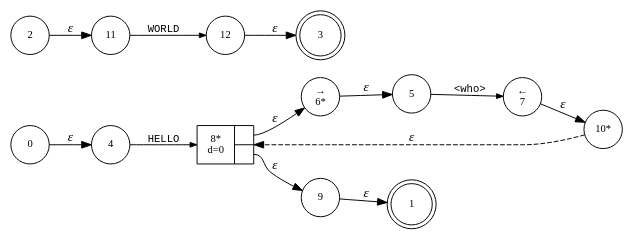
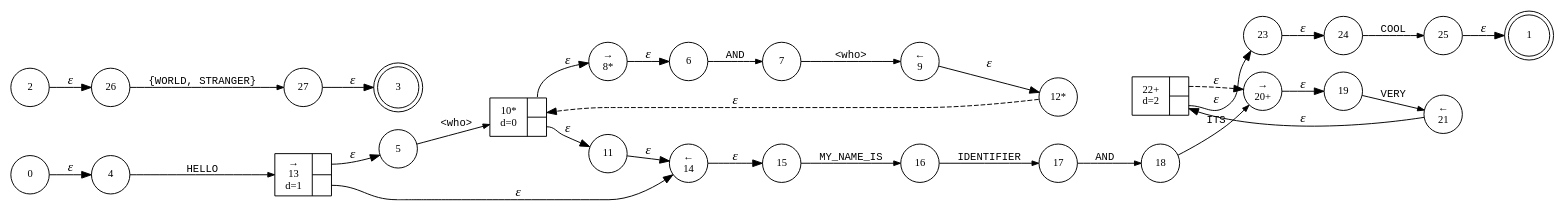
The diagram in theparser.dot (Lizurt/Suggester), drawn with Graphviz before and after one commit. The commit also changed 8 other files, not shown here.

```diff
--- a/theparser.dot
+++ b/theparser.dot
@@ -1,29 +1,61 @@
 digraph ATN {
 rankdir=LR;
 s1[fontsize=11, label="1", shape=doublecircle, fixedsize=true, width=.6];
 s0[fontsize=11,label="0", shape=circle, fixedsize=true, width=.55, peripheries=1];
 s4[fontsize=11,label="4", shape=circle, fixedsize=true, width=.55, peripheries=1];
 s5[fontsize=11,label="5", shape=circle, fixedsize=true, width=.55, peripheries=1];
-s6[fontsize=11,label="&rarr;\n6*", shape=circle, fixedsize=true, width=.55, peripheries=1];
-s7[fontsize=11,label="&larr;\n7", shape=circle, fixedsize=true, width=.55, peripheries=1];
-s8[fontsize=11,label="{8*\nd=0|{<p0>|<p1>}}", shape=record, fixedsize=false, peripheries=1];
-s9[fontsize=11,label="9", shape=circle, fixedsize=true, width=.55, peripheries=1];
-s10[fontsize=11,label="10*", shape=circle, fixedsize=true, width=.55, peripheries=1];
+s6[fontsize=11,label="6", shape=circle, fixedsize=true, width=.55, peripheries=1];
+s7[fontsize=11,label="7", shape=circle, fixedsize=true, width=.55, peripheries=1];
+s8[fontsize=11,label="&rarr;\n8*", shape=circle, fixedsize=true, width=.55, peripheries=1];
+s9[fontsize=11,label="&larr;\n9", shape=circle, fixedsize=true, width=.55, peripheries=1];
+s10[fontsize=11,label="{10*\nd=0|{<p0>|<p1>}}", shape=record, fixedsize=false, peripheries=1];
+s11[fontsize=11,label="11", shape=circle, fixedsize=true, width=.55, peripheries=1];
+s12[fontsize=11,label="12*", shape=circle, fixedsize=true, width=.55, peripheries=1];
+s13[fontsize=11,label="{&rarr;\n13\nd=1|{<p0>|<p1>}}", shape=record, fixedsize=false, peripheries=1];
+s14[fontsize=11,label="&larr;\n14", shape=circle, fixedsize=true, width=.55, peripheries=1];
+s15[fontsize=11,label="15", shape=circle, fixedsize=true, width=.55, peripheries=1];
+s16[fontsize=11,label="16", shape=circle, fixedsize=true, width=.55, peripheries=1];
+s17[fontsize=11,label="17", shape=circle, fixedsize=true, width=.55, peripheries=1];
+s18[fontsize=11,label="18", shape=circle, fixedsize=true, width=.55, peripheries=1];
+s19[fontsize=11,label="19", shape=circle, fixedsize=true, width=.55, peripheries=1];
+s20[fontsize=11,label="&rarr;\n20+", shape=circle, fixedsize=true, width=.55, peripheries=1];
+s21[fontsize=11,label="&larr;\n21", shape=circle, fixedsize=true, width=.55, peripheries=1];
+s22[fontsize=11,label="{22+\nd=2|{<p0>|<p1>}}", shape=record, fixedsize=false, peripheries=1];
+s23[fontsize=11,label="23", shape=circle, fixedsize=true, width=.55, peripheries=1];
+s24[fontsize=11,label="24", shape=circle, fixedsize=true, width=.55, peripheries=1];
+s25[fontsize=11,label="25", shape=circle, fixedsize=true, width=.55, peripheries=1];
 s0 -> s4 [fontname="Times-Italic", label="&epsilon;"];
-s4 -> s8 [fontsize=11, fontname="Courier", arrowsize=.7, label = "HELLO", arrowhead = normal];
-s8:p0 -> s6 [fontname="Times-Italic", label="&epsilon;"];
-s8:p1 -> s9 [fontname="Times-Italic", label="&epsilon;"];
-s6 -> s5 [fontname="Times-Italic", label="&epsilon;"];
-s9 -> s1 [fontname="Times-Italic", label="&epsilon;"];
-s5 -> s7 [fontsize=11, fontname="Courier", arrowsize=.7, label = "<who>", arrowhead = normal];
-s7 -> s10 [fontname="Times-Italic", label="&epsilon;"];
-s10 -> s8 [fontname="Times-Italic", label="&epsilon;", style="dashed"];
+s4 -> s13 [fontsize=11, fontname="Courier", arrowsize=.7, label = "HELLO", arrowhead = normal];
+s13:p0 -> s5 [fontname="Times-Italic", label="&epsilon;"];
+s13:p1 -> s14 [fontname="Times-Italic", label="&epsilon;"];
+s5 -> s10 [fontsize=11, fontname="Courier", arrowsize=.7, label = "<who>", arrowhead = normal];
+s14 -> s15 [fontname="Times-Italic", label="&epsilon;"];
+s10:p0 -> s8 [fontname="Times-Italic", label="&epsilon;"];
+s10:p1 -> s11 [fontname="Times-Italic", label="&epsilon;"];
+s15 -> s16 [fontsize=11, fontname="Courier", arrowsize=.7, label = "MY_NAME_IS", arrowhead = normal];
+s8 -> s6 [fontname="Times-Italic", label="&epsilon;"];
+s11 -> s14 [fontname="Times-Italic", label="&epsilon;"];
+s16 -> s17 [fontsize=11, fontname="Courier", arrowsize=.7, label = "IDENTIFIER", arrowhead = normal];
+s6 -> s7 [fontsize=11, fontname="Courier", arrowsize=.7, label = "AND", arrowhead = normal];
+s17 -> s18 [fontsize=11, fontname="Courier", arrowsize=.7, label = "AND", arrowhead = normal];
+s7 -> s9 [fontsize=11, fontname="Courier", arrowsize=.7, label = "<who>", arrowhead = normal];
+s18 -> s20 [fontsize=11, fontname="Courier", arrowsize=.7, label = "ITS", arrowhead = normal];
+s9 -> s12 [fontname="Times-Italic", label="&epsilon;"];
+s20 -> s19 [fontname="Times-Italic", label="&epsilon;"];
+s12 -> s10 [fontname="Times-Italic", label="&epsilon;", style="dashed"];
+s19 -> s21 [fontsize=11, fontname="Courier", arrowsize=.7, label = "VERY", arrowhead = normal];
+s21 -> s22 [fontname="Times-Italic", label="&epsilon;"];
+s22:p0 -> s20 [fontname="Times-Italic", label="&epsilon;", style="dashed"];
+s22:p1 -> s23 [fontname="Times-Italic", label="&epsilon;"];
+s23 -> s24 [fontname="Times-Italic", label="&epsilon;"];
+s24 -> s25 [fontsize=11, fontname="Courier", arrowsize=.7, label = "COOL", arrowhead = normal];
+s25 -> s1 [fontname="Times-Italic", label="&epsilon;"];
 
 s3[fontsize=11, label="3", shape=doublecircle, fixedsize=true, width=.6];
 s2[fontsize=11,label="2", shape=circle, fixedsize=true, width=.55, peripheries=1];
-s11[fontsize=11,label="11", shape=circle, fixedsize=true, width=.55, peripheries=1];
-s12[fontsize=11,label="12", shape=circle, fixedsize=true, width=.55, peripheries=1];
-s2 -> s11 [fontname="Times-Italic", label="&epsilon;"];
-s11 -> s12 [fontsize=11, fontname="Courier", arrowsize=.7, label = "WORLD", arrowhead = normal];
-s12 -> s3 [fontname="Times-Italic", label="&epsilon;"];
+s26[fontsize=11,label="26", shape=circle, fixedsize=true, width=.55, peripheries=1];
+s27[fontsize=11,label="27", shape=circle, fixedsize=true, width=.55, peripheries=1];
+s2 -> s26 [fontname="Times-Italic", label="&epsilon;"];
+s26 -> s27 [fontsize=11, fontname="Courier", arrowsize=.7, label = "{WORLD, STRANGER}", arrowhead = normal];
+s27 -> s3 [fontname="Times-Italic", label="&epsilon;"];
 }
```
